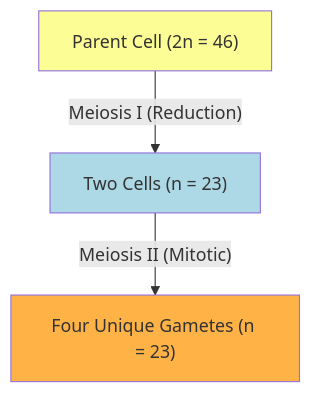
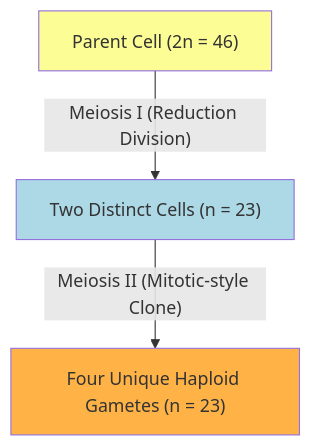
One commit to naveengarla/icse-10th-biology changed the diagram in Chapter_02_Tutorial/2.8_Meiosis.md. Above: the diagram before and after it, drawn with Mermaid. The commit also changed other lines of this file and 7 other files, not shown here.

````diff
--- a/Chapter_02_Tutorial/2.8_Meiosis.md
+++ b/Chapter_02_Tutorial/2.8_Meiosis.md
@@ -18,9 +24,9 @@
 ```mermaid
 graph TD
-    A["Parent Cell (2n = 46)"] -->|"Meiosis I (Reduction)"| B["Two Cells (n = 23)"]
-    B -->|"Meiosis II (Mitotic)"| C["Four Unique Gametes (n = 23)"]
+    A["Parent Cell (2n = 46)"] -->|"Meiosis I (Reduction Division)"| B["Two Distinct Cells (n = 23)"]
+    B -->|"Meiosis II (Mitotic-style Clone)"| C["Four Unique Haploid Gametes (n = 23)"]
     
     style A fill:#fdfd96
     style B fill:#add8e6
     style C fill:#ffb347
 ```
````
